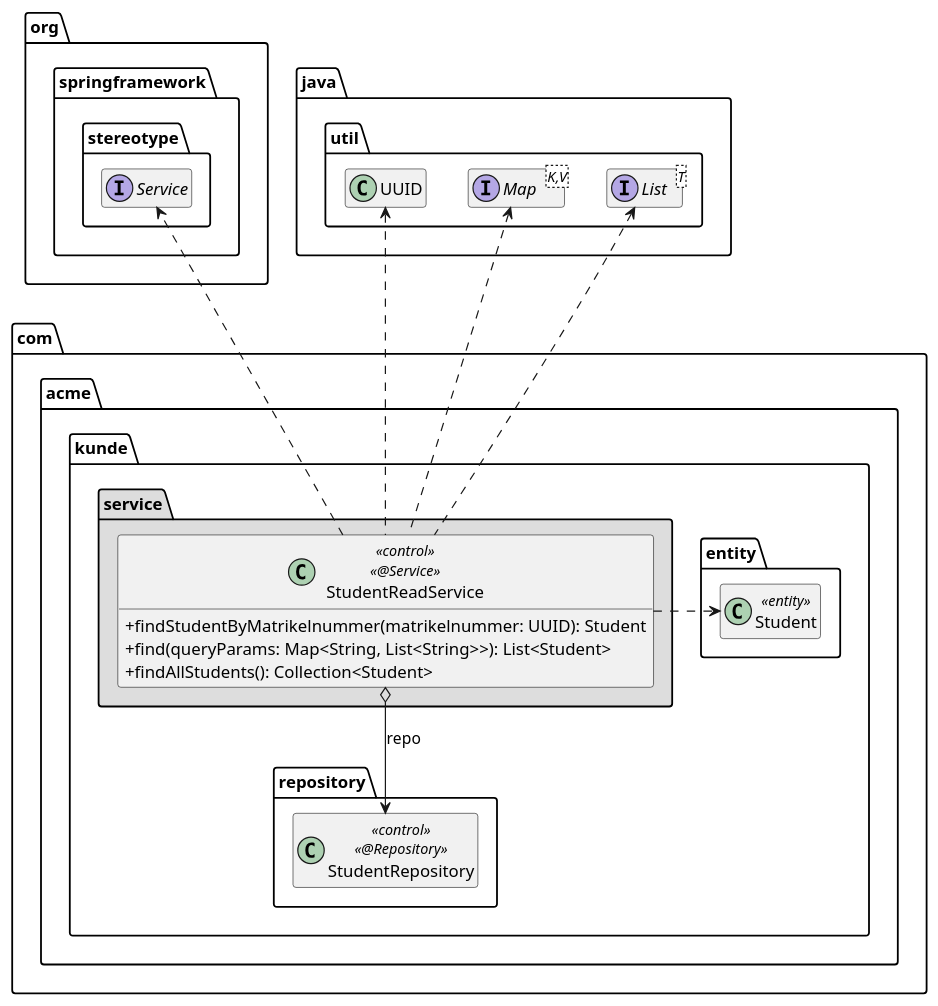
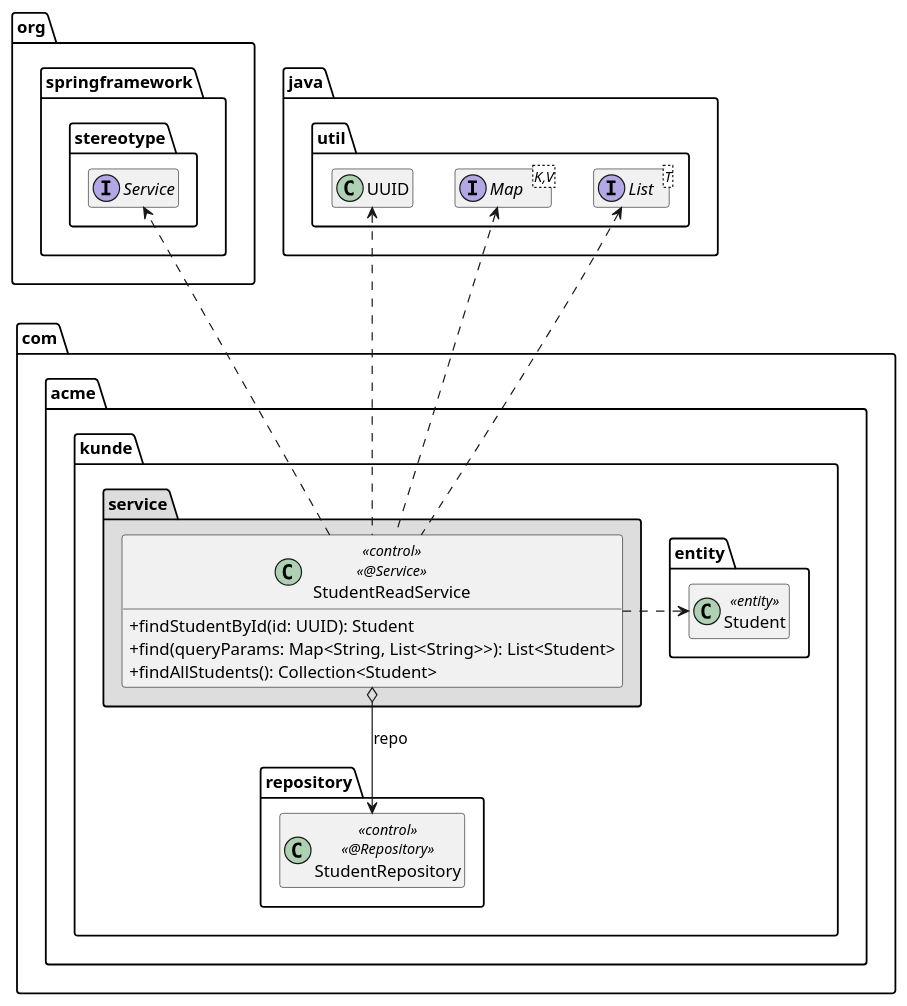
The diagram in extras/doc/StudentReadService.puml (thanhxt/StudentServer), drawn with PlantUML before and after one commit. The commit also changed 9 other files, not shown here.

Commit message:
plantuml diagramms updated

```diff
--- a/extras/doc/StudentReadService.puml
+++ b/extras/doc/StudentReadService.puml
@@ -1,45 +1,45 @@
 @startuml StudentReadService
 
 skinparam classAttributeIconSize 0
 
 package org.springframework.stereotype {
     interface Service
 }
 
 package java.util {
     interface List<T>
     interface Map<K,V>
     class UUID
 
     UUID .left[hidden].> Service
 }
 
 package com.acme.kunde {
     package entity {
         class Student << entity >>
 
         Student .up[hidden].> List
     }
 
     package repository {
         class StudentRepository << control >> << @Repository >>
     }
 
     package service #DDDDDD {
         class StudentReadService << control >> << @Service >> {
-            + findStudentByMatrikelnummer(matrikelnummer: UUID): Student
+            + findStudentById(id: UUID): Student
             + find(queryParams: Map<String, List<String>>): List<Student>
             + findAllStudents(): Collection<Student>
         }
 
         StudentReadService o--> StudentRepository : repo
         StudentReadService .right.> Student
         StudentReadService ..> Service
         StudentReadService .up.> UUID
         StudentReadService .up> List
         StudentReadService .up.> Map
     }
 }
 
 hide empty members
 @enduml
```
